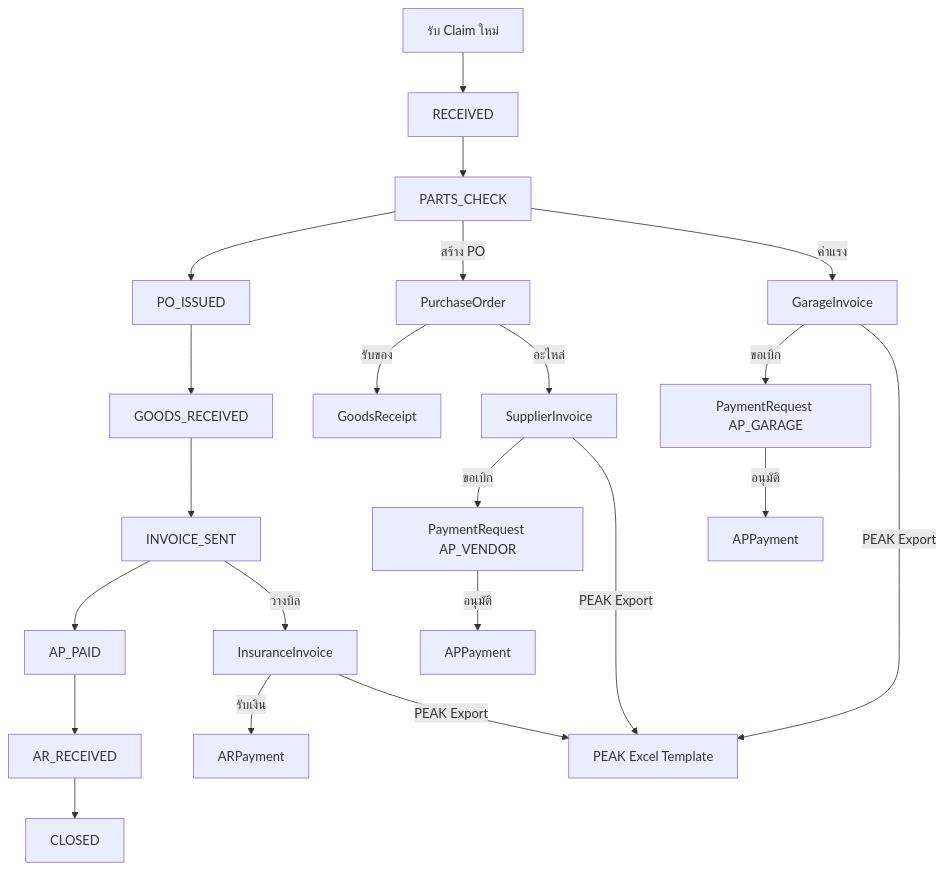
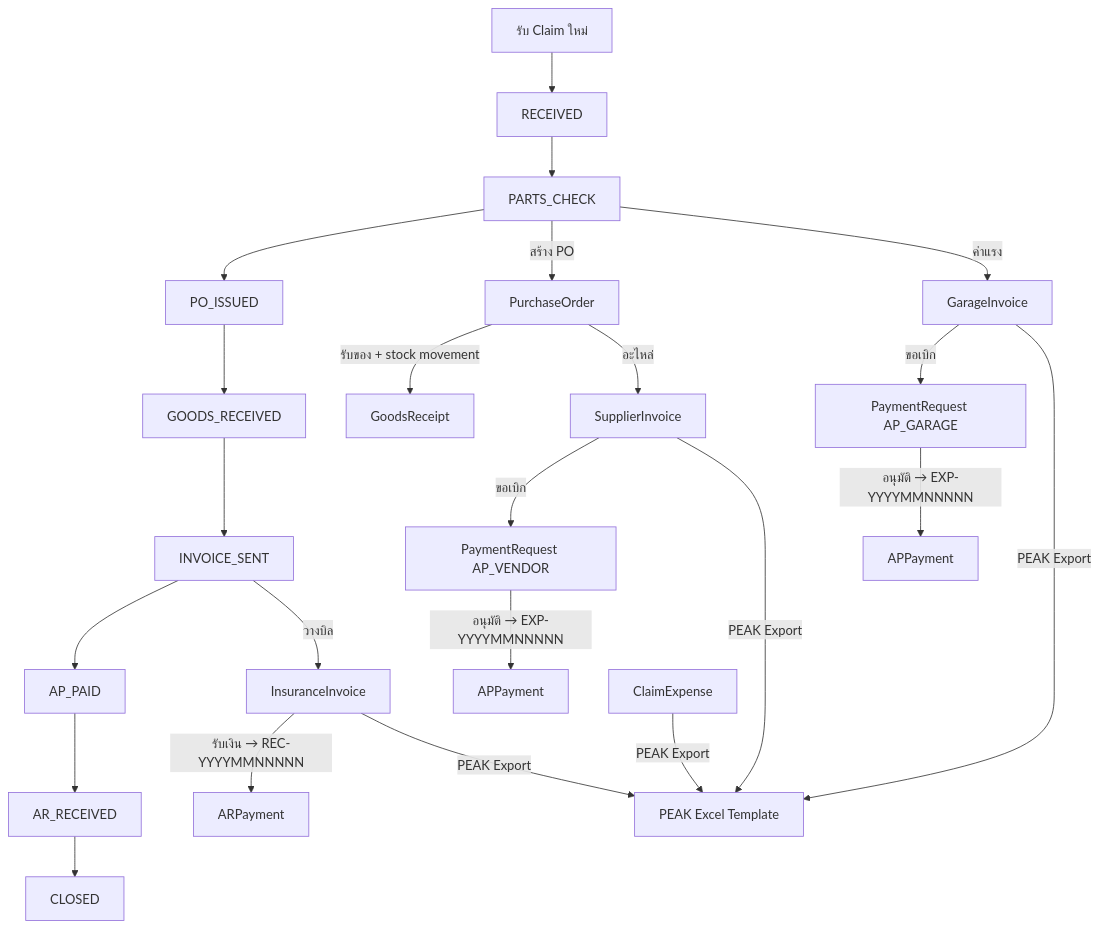
Before and after one commit to mizae1234/ssm: the diagram in skill_code.md, drawn with Mermaid. The commit also changed other lines of this file and 35 other files, not shown here.

````diff
--- a/skill_code.md
+++ b/skill_code.md
@@ -95,28 +189,29 @@
 ```mermaid
 graph TD
     A[รับ Claim ใหม่] --> B[RECEIVED]
     B --> C[PARTS_CHECK]
     C --> D[PO_ISSUED]
     D --> E[GOODS_RECEIVED]
     E --> F[INVOICE_SENT]
     F --> G[AP_PAID]
     G --> H[AR_RECEIVED]
     H --> I[CLOSED]
 
     C -->|สร้าง PO| PO[PurchaseOrder]
-    PO -->|รับของ| GR[GoodsReceipt]
+    PO -->|รับของ + stock movement| GR[GoodsReceipt]
     PO -->|อะไหล่| SI[SupplierInvoice]
     SI -->|ขอเบิก| PR1[PaymentRequest AP_VENDOR]
-    PR1 -->|อนุมัติ| AP1[APPayment]
+    PR1 -->|อนุมัติ → EXP-YYYYMMNNNNN| AP1[APPayment]
 
     C -->|ค่าแรง| GI[GarageInvoice]
     GI -->|ขอเบิก| PR2[PaymentRequest AP_GARAGE]
-    PR2 -->|อนุมัติ| AP2[APPayment]
+    PR2 -->|อนุมัติ → EXP-YYYYMMNNNNN| AP2[APPayment]
 
     F -->|วางบิล| II[InsuranceInvoice]
-    II -->|รับเงิน| AR[ARPayment]
+    II -->|รับเงิน → REC-YYYYMMNNNNN| AR[ARPayment]
 
     II -->|PEAK Export| PEAK[PEAK Excel Template]
     SI -->|PEAK Export| PEAK
     GI -->|PEAK Export| PEAK
+    EXP[ClaimExpense] -->|PEAK Export| PEAK
 ```
````
